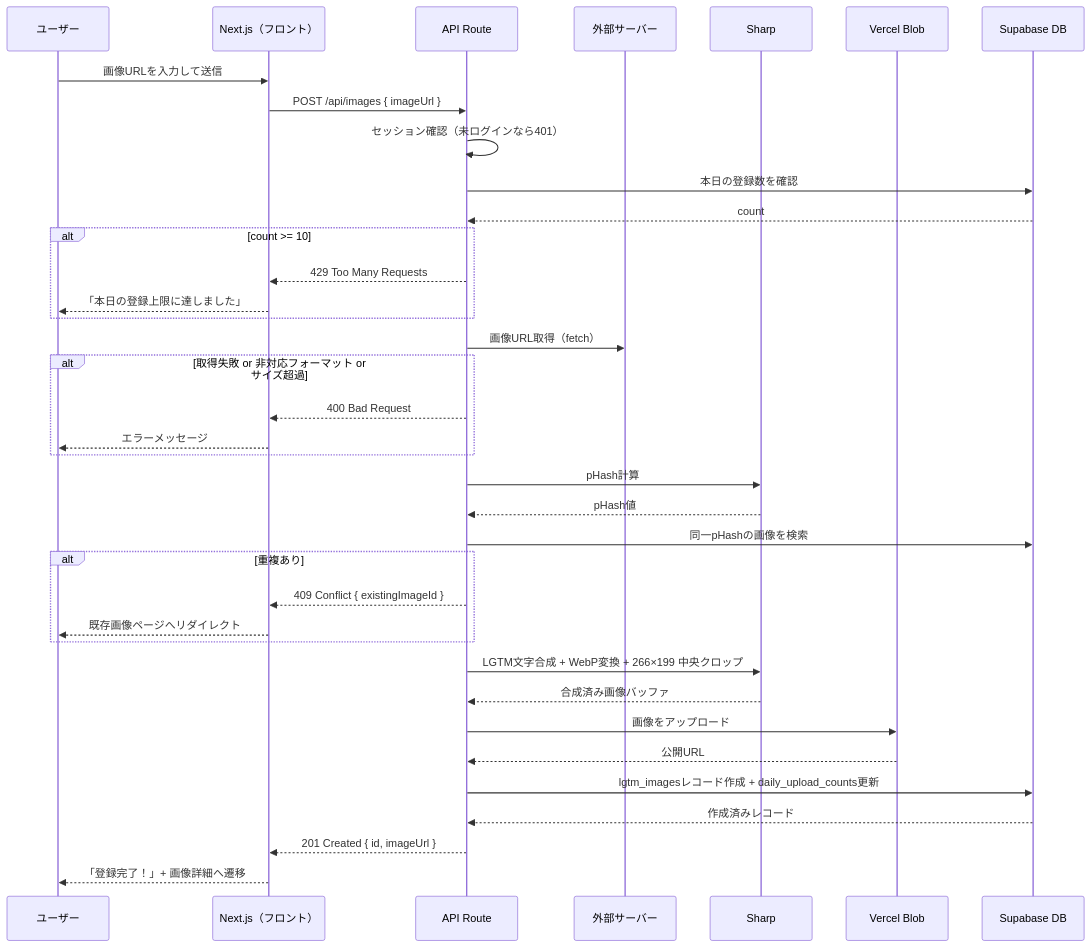
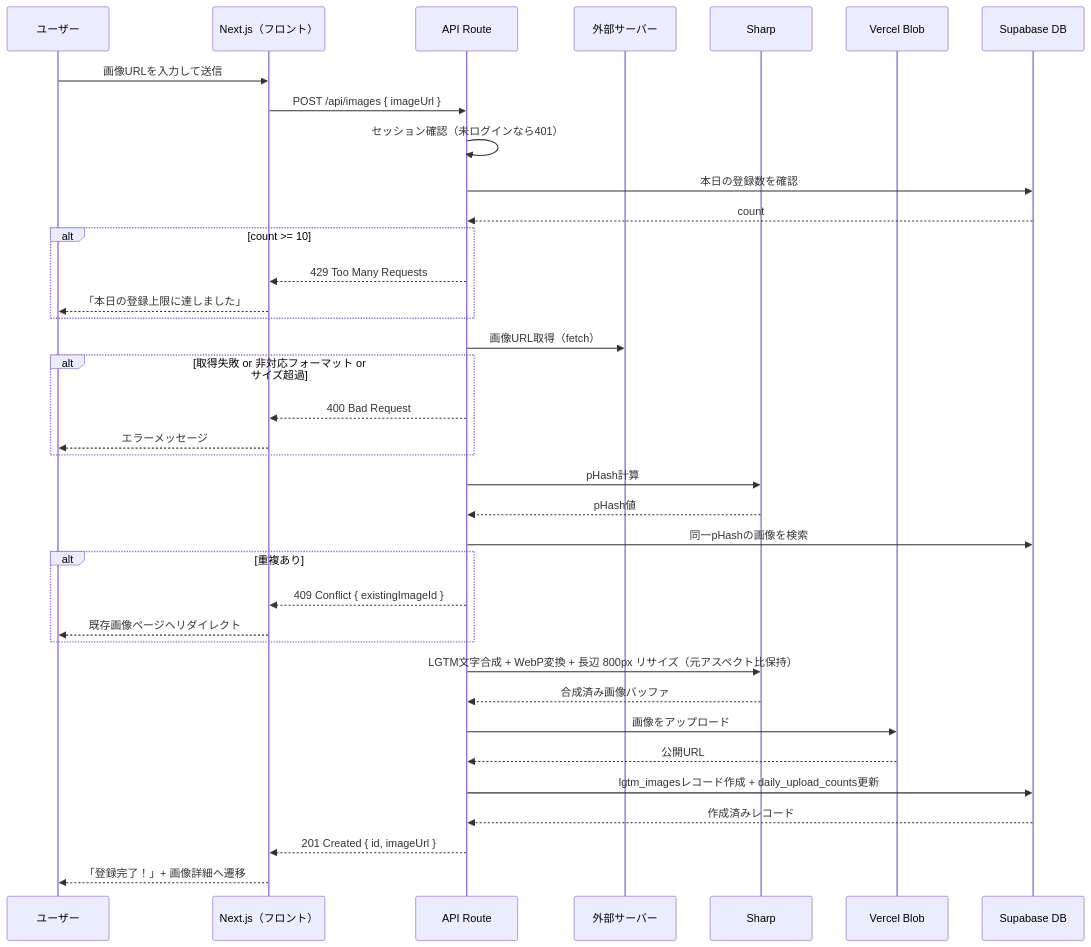
Before and after one commit to kakikubo/lgtmhub: the fourth of 4 diagrams in docs/functional-design.md, drawn with Mermaid. The commit also changed other lines of this file and 7 other files, not shown here.

````diff
--- a/docs/functional-design.md
+++ b/docs/functional-design.md
@@ -408,40 +408,40 @@
 ```mermaid
 sequenceDiagram
     participant U as ユーザー
     participant FE as Next.js（フロント）
     participant API as API Route
     participant Ext as 外部サーバー
     participant Sharp as Sharp
     participant Blob as Vercel Blob
     participant DB as Supabase DB
 
     U->>FE: 画像URLを入力して送信
     FE->>API: POST /api/images { imageUrl }
     API->>API: セッション確認（未ログインなら401）
     API->>DB: 本日の登録数を確認
     DB-->>API: count
     alt count >= 10
         API-->>FE: 429 Too Many Requests
         FE-->>U: 「本日の登録上限に達しました」
     end
     API->>Ext: 画像URL取得（fetch）
     alt 取得失敗 or 非対応フォーマット or サイズ超過
         API-->>FE: 400 Bad Request
         FE-->>U: エラーメッセージ
     end
     API->>Sharp: pHash計算
     Sharp-->>API: pHash値
     API->>DB: 同一pHashの画像を検索
     alt 重複あり
         API-->>FE: 409 Conflict { existingImageId }
         FE-->>U: 既存画像ページへリダイレクト
     end
-    API->>Sharp: LGTM文字合成 + WebP変換 + 266×199 中央クロップ
+    API->>Sharp: LGTM文字合成 + WebP変換 + 長辺 800px リサイズ（元アスペクト比保持）
     Sharp-->>API: 合成済み画像バッファ
     API->>Blob: 画像をアップロード
     Blob-->>API: 公開URL
     API->>DB: lgtm_imagesレコード作成 + daily_upload_counts更新
     DB-->>API: 作成済みレコード
     API-->>FE: 201 Created { id, imageUrl }
     FE-->>U: 「登録完了！」+ 画像詳細へ遷移
 ```
````
